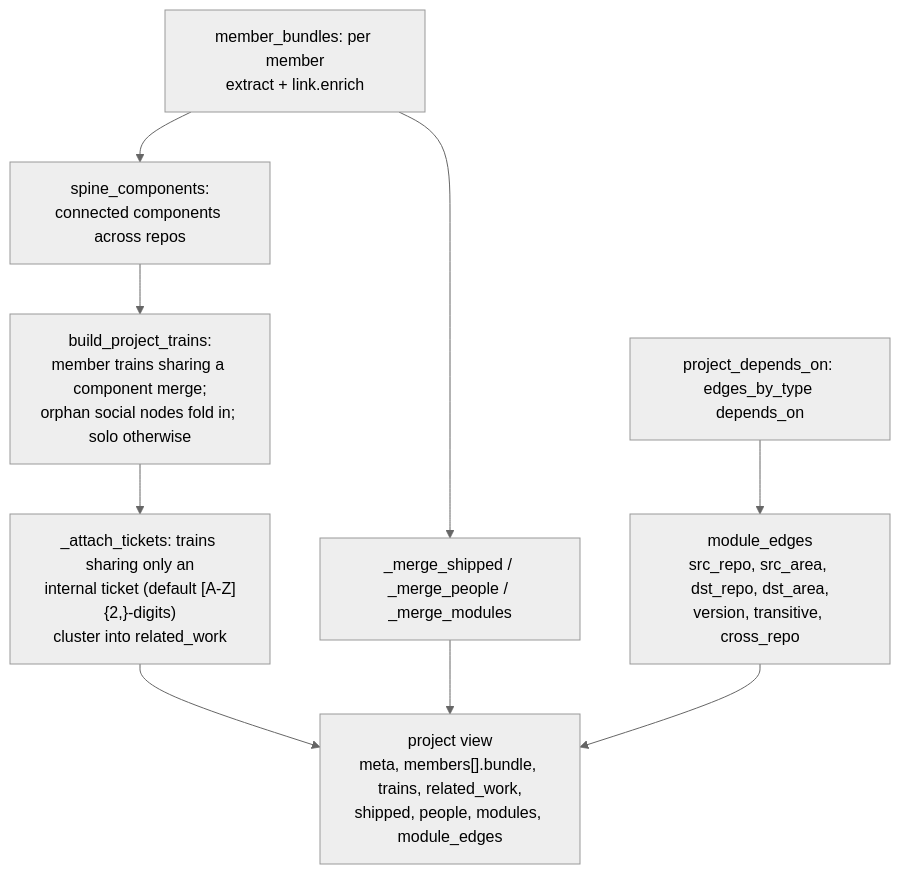
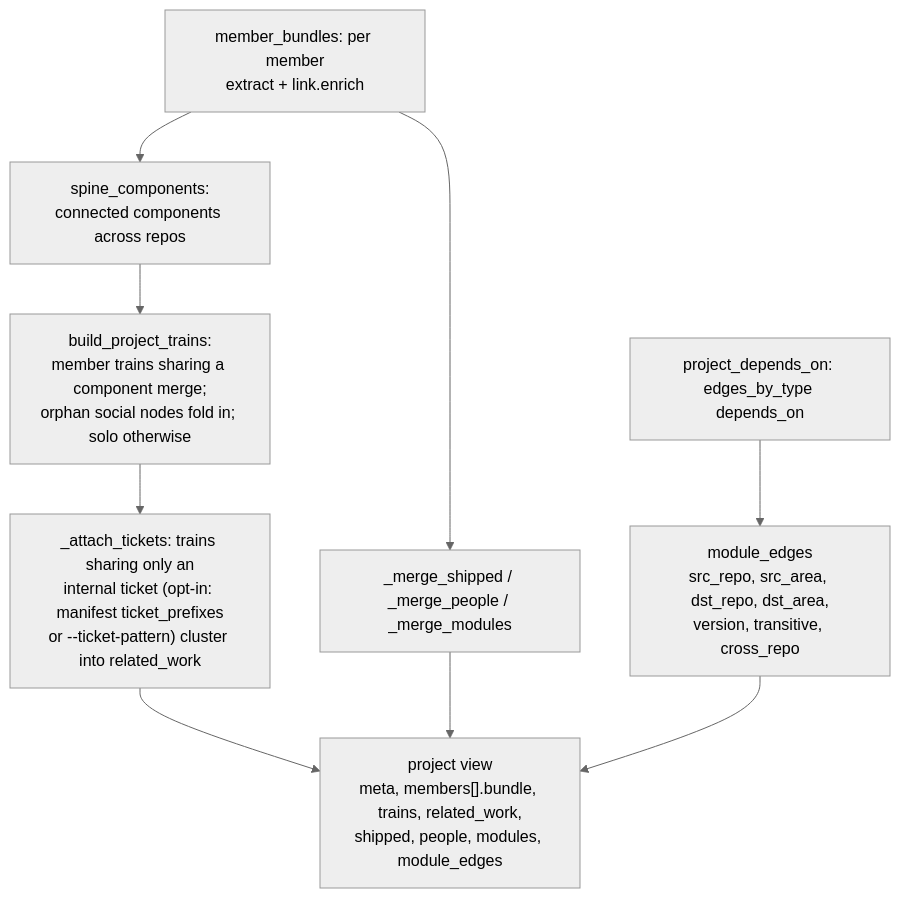
Diagram 11 of 11 in .claude/skills/activity-overview/docs/LLD.md (DamianFlynn/experiments), drawn with Mermaid (neutral theme) before and after one commit. The commit also changed other lines of this file and 13 other files, not shown here.

````diff
--- a/.claude/skills/activity-overview/docs/LLD.md
+++ b/.claude/skills/activity-overview/docs/LLD.md
@@ -817,11 +823,11 @@
 ```mermaid
 flowchart TB
   mb["member_bundles: per member<br/>extract + link.enrich"] --> sc["spine_components:<br/>connected components across repos"]
   sc --> bt["build_project_trains:<br/>member trains sharing a component merge;<br/>orphan social nodes fold in; solo otherwise"]
-  bt --> tk["_attach_tickets: trains sharing only an<br/>internal ticket (default [A-Z]{2,}-digits)<br/>cluster into related_work"]
+  bt --> tk["_attach_tickets: trains sharing only an<br/>internal ticket (opt-in: manifest ticket_prefixes<br/>or --ticket-pattern) cluster into related_work"]
   mb --> mg["_merge_shipped / _merge_people / _merge_modules"]
   pd["project_depends_on: edges_by_type depends_on"] --> me["module_edges<br/>src_repo, src_area, dst_repo, dst_area,<br/>version, transitive, cross_repo"]
   tk --> view
   mg --> view
   me --> view["project view<br/>meta, members[].bundle, trains, related_work,<br/>shipped, people, modules, module_edges"]
 ```
````
